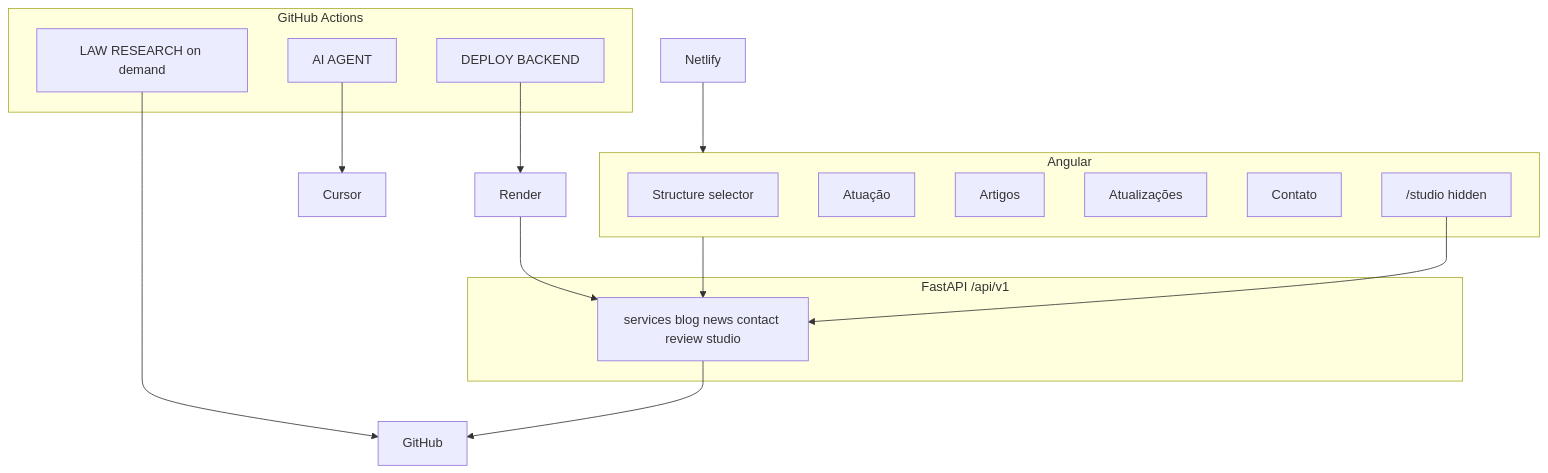
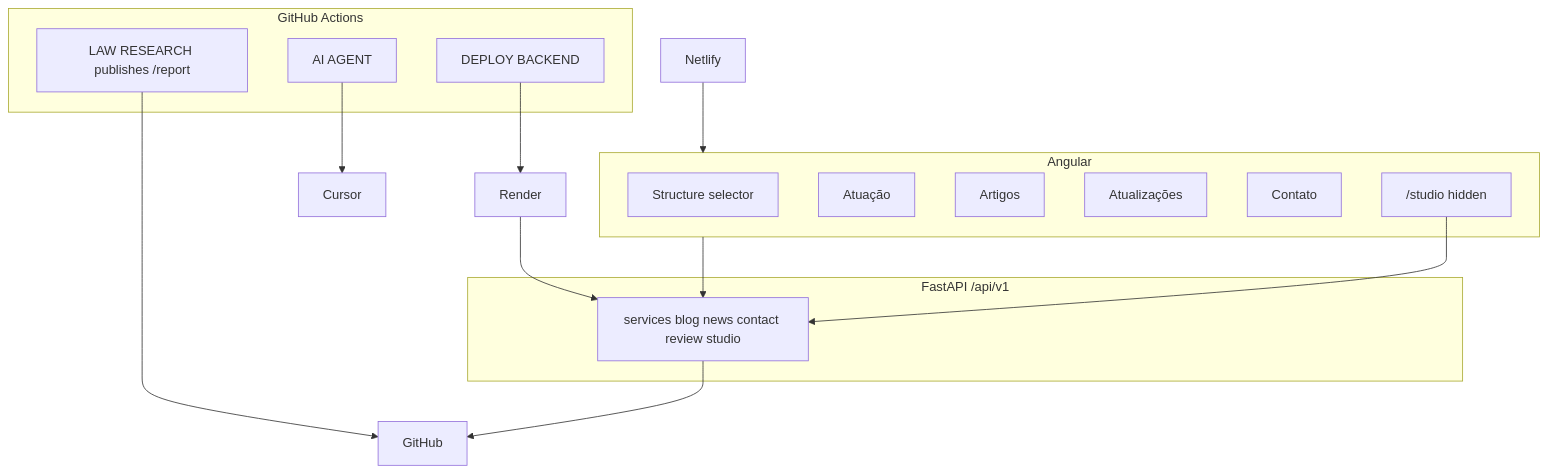
One commit to HenriqueFStephan/zaninettis-law changed the diagram in docs/ARCHITECTURE.md. Above: the diagram before and after it, drawn with Mermaid. The commit also changed other lines of this file and 13 other files, not shown here.

````diff
--- a/docs/ARCHITECTURE.md
+++ b/docs/ARCHITECTURE.md
@@ -3,27 +3,27 @@
 ```mermaid
 flowchart TB
   subgraph Frontend["Angular"]
     Home[Structure selector]
     Practice[Atuação]
     Articles[Artigos]
     Updates[Atualizações]
     Contact[Contato]
     Studio["/studio hidden"]
   end
   subgraph Backend["FastAPI /api/v1"]
     API[services blog news contact review studio]
   end
   subgraph Actions["GitHub Actions"]
-    Research[LAW RESEARCH on demand]
+    Research["LAW RESEARCH publishes /report"]
     Agent[AI AGENT]
     Hook[DEPLOY BACKEND]
   end
   Frontend --> API
   Studio --> API
   API --> GitHub
   Research --> GitHub
   Agent --> Cursor
   Hook --> Render
   Netlify --> Frontend
   Render --> API
 ```
````
